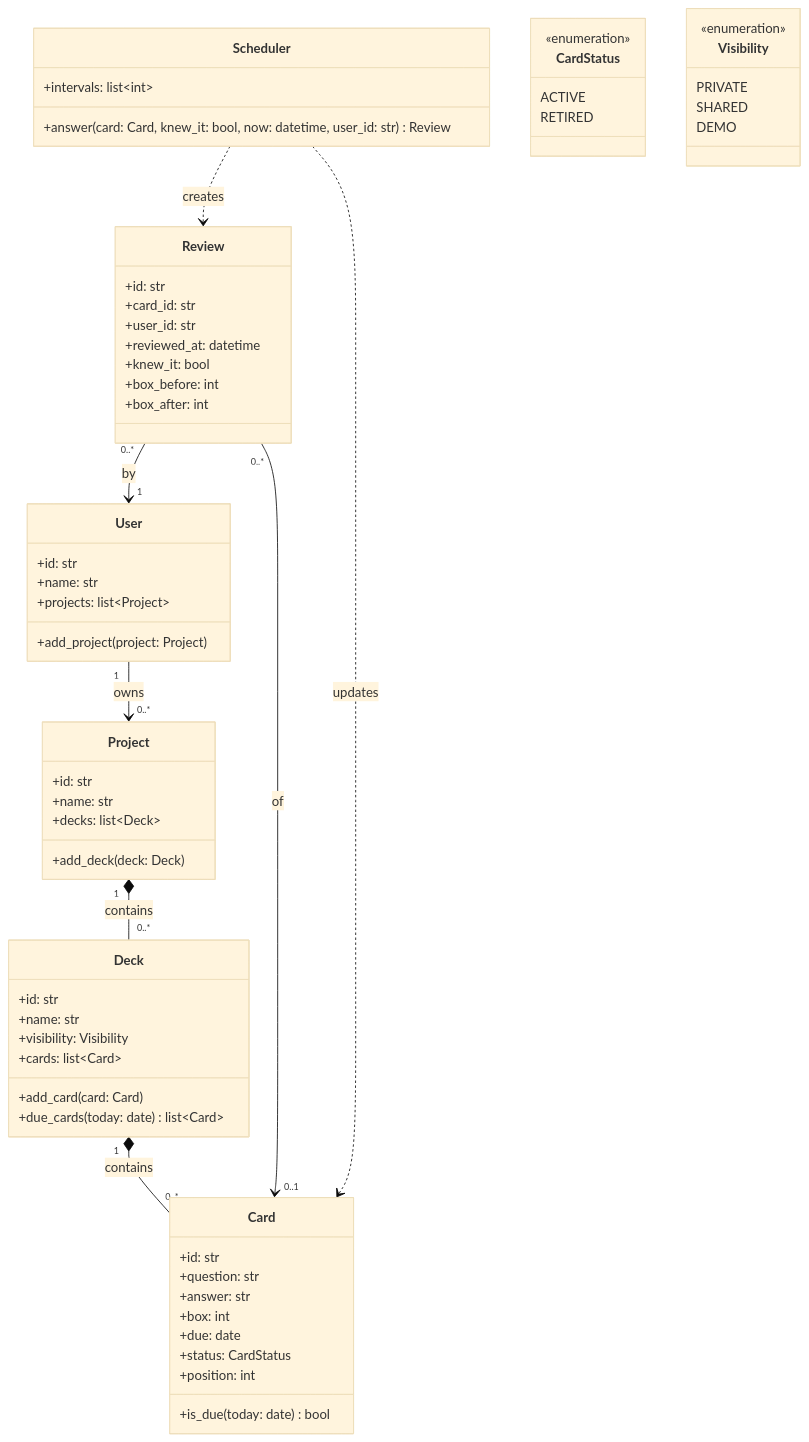
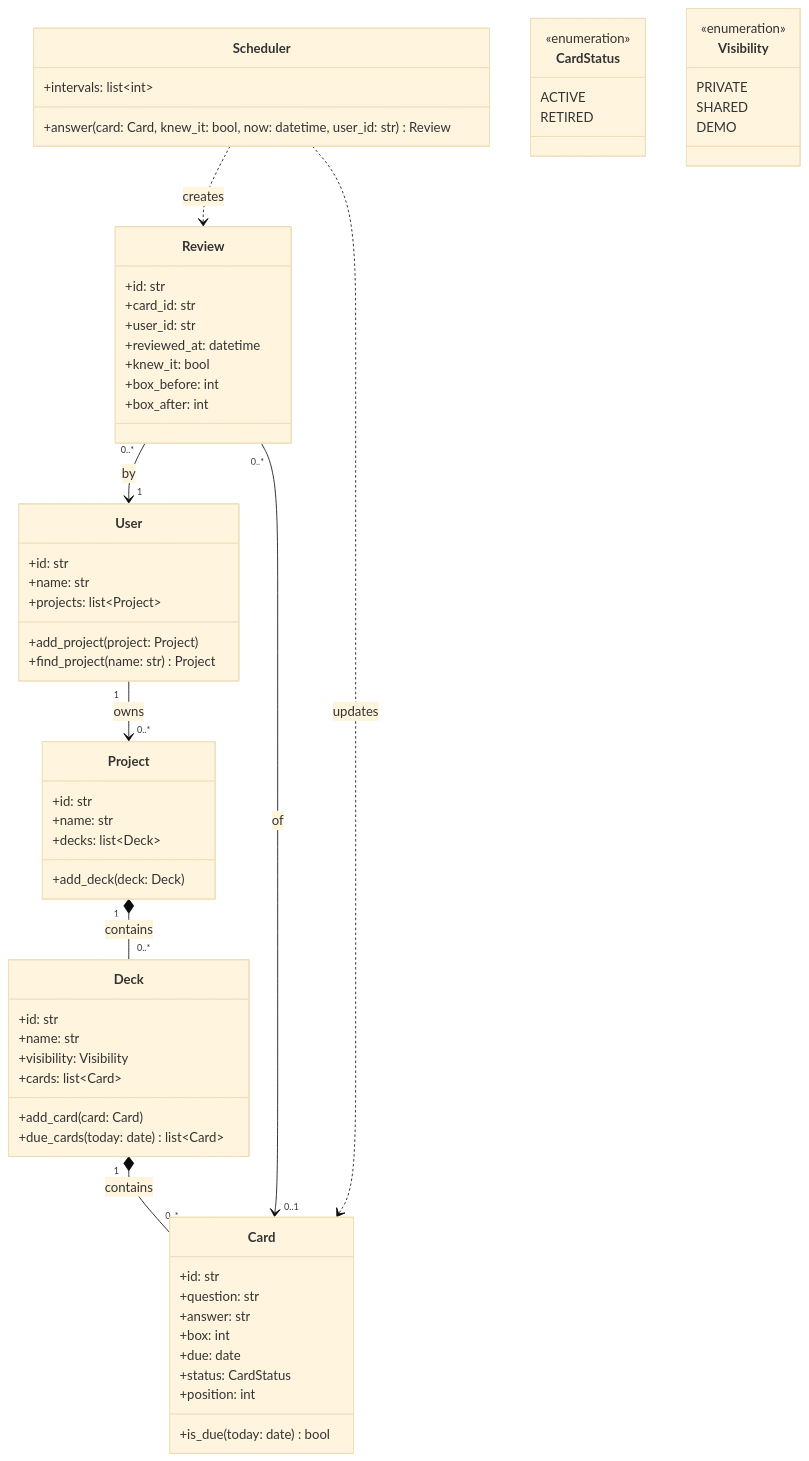
The diagram in docs/diagrams/04-class-diagram.md (OleksandraZ/leitbox), drawn with Mermaid (base theme) before and after one commit. The commit also changed other lines of this file and 12 other files, not shown here.

````diff
--- a/docs/diagrams/04-class-diagram.md
+++ b/docs/diagrams/04-class-diagram.md
@@ -8,65 +8,66 @@
 ```mermaid
 classDiagram
     class User {
         +id: str
         +name: str
         +projects: list~Project~
         +add_project(project: Project)
+        +find_project(name: str) Project
     }
     class Project {
         +id: str
         +name: str
         +decks: list~Deck~
         +add_deck(deck: Deck)
     }
     class Deck {
         +id: str
         +name: str
         +visibility: Visibility
         +cards: list~Card~
         +add_card(card: Card)
         +due_cards(today: date) list~Card~
     }
     class Card {
         +id: str
         +question: str
         +answer: str
         +box: int
         +due: date
         +status: CardStatus
         +position: int
         +is_due(today: date) bool
     }
     class Review {
         +id: str
         +card_id: str
         +user_id: str
         +reviewed_at: datetime
         +knew_it: bool
         +box_before: int
         +box_after: int
     }
     class Scheduler {
         +intervals: list~int~
         +answer(card: Card, knew_it: bool, now: datetime, user_id: str) Review
     }
     class CardStatus {
         <<enumeration>>
         ACTIVE
         RETIRED
     }
     class Visibility {
         <<enumeration>>
         PRIVATE
         SHARED
         DEMO
     }
 
     User "1" --> "0..*" Project : owns
     Project "1" *-- "0..*" Deck : contains
     Deck "1" *-- "0..*" Card : contains
     Review "0..*" --> "0..1" Card : of
     Review "0..*" --> "1" User : by
     Scheduler ..> Card : updates
     Scheduler ..> Review : creates
 ```
````
